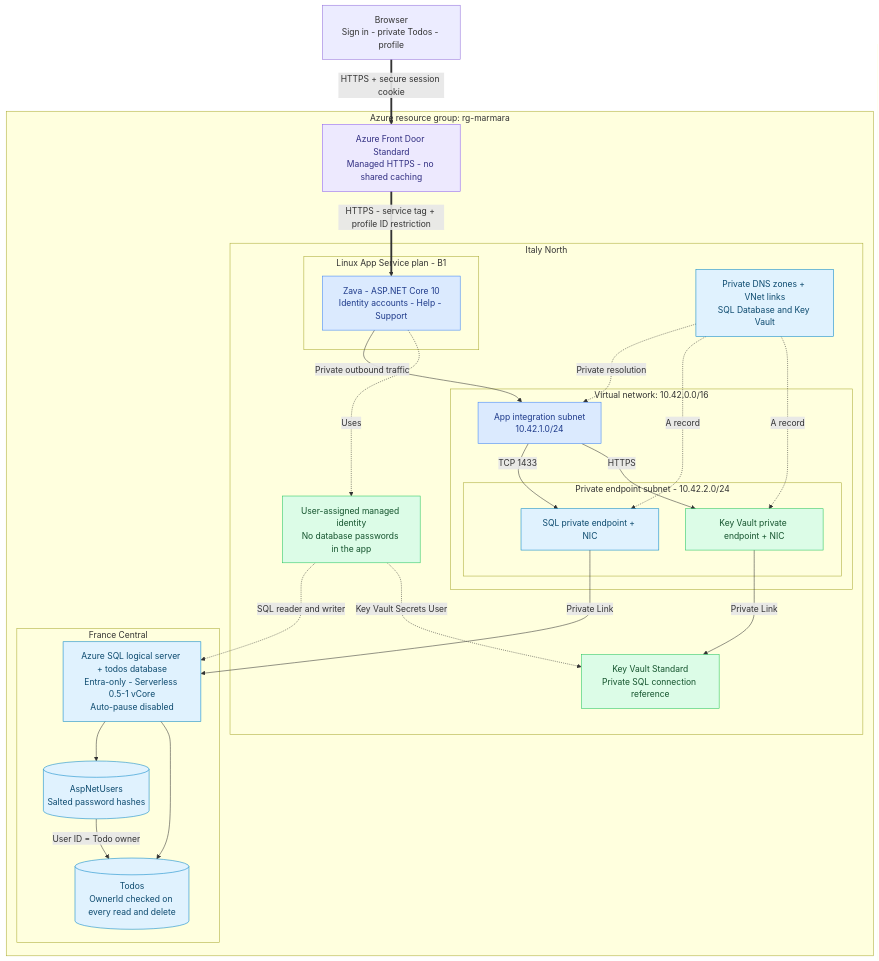
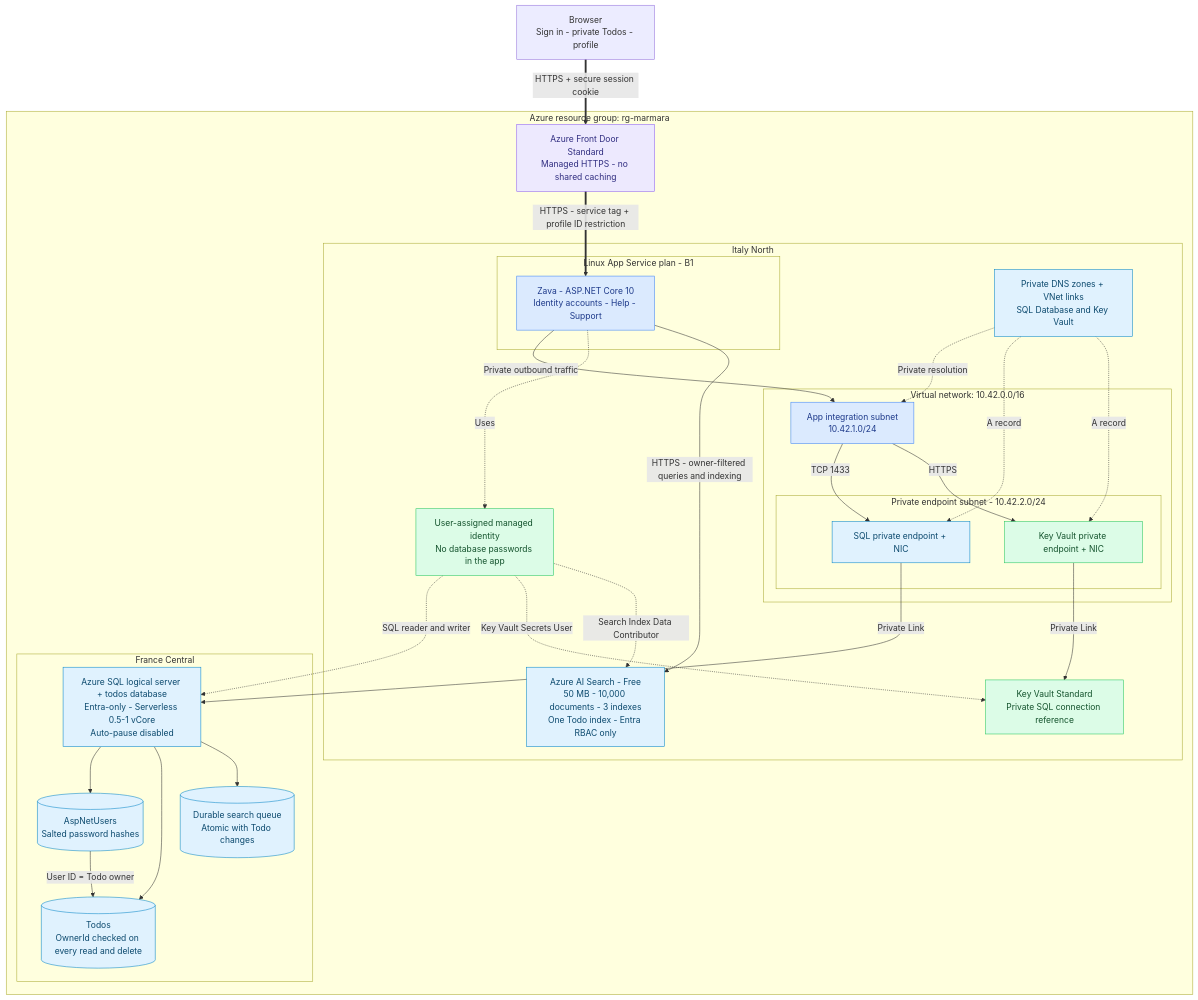
Before and after one commit to bulentozkir/marmara-demo: the diagram in README.md, drawn with Mermaid. The commit also changed other lines of this file and 30 other files, not shown here.

First line of the commit message:
Add owner-filtered Azure AI Search with durable Todo synchronization

````diff
--- a/README.md
+++ b/README.md
@@ -9,51 +9,56 @@
 ```mermaid
 flowchart TB
     BROWSER["Browser<br/>Sign in - private Todos - profile"]
     subgraph AZURE["Azure resource group: rg-marmara"]
         FD["Azure Front Door Standard<br/>Managed HTTPS - no shared caching"]
         subgraph IT["Italy North"]
             subgraph PLAN["Linux App Service plan - B1"]
                 APP["Zava - ASP.NET Core 10<br/>Identity accounts - Help - Support"]
             end
             MI["User-assigned managed identity<br/>No database passwords in the app"]
             subgraph VNET["Virtual network: 10.42.0.0/16"]
                 INTEGRATION["App integration subnet<br/>10.42.1.0/24"]
                 subgraph PRIVATE["Private endpoint subnet - 10.42.2.0/24"]
                     SQLPE["SQL private endpoint + NIC"]
                     KVPE["Key Vault private endpoint + NIC"]
                 end
             end
             DNS["Private DNS zones + VNet links<br/>SQL Database and Key Vault"]
             KV["Key Vault Standard<br/>Private SQL connection reference"]
+            SEARCH["Azure AI Search - Free<br/>50 MB - 10,000 documents - 3 indexes<br/>One Todo index - Entra RBAC only"]
         end
         subgraph FR["France Central"]
             SQL["Azure SQL logical server + todos database<br/>Entra-only - Serverless 0.5-1 vCore<br/>Auto-pause disabled"]
             ACCOUNTS[("AspNetUsers<br/>Salted password hashes")]
             TODOS[("Todos<br/>OwnerId checked on every read and delete")]
+            OUTBOX[("Durable search queue<br/>Atomic with Todo changes")]
         end
     end
     BROWSER ==>|HTTPS + secure session cookie| FD
     FD ==>|HTTPS - service tag + profile ID restriction| APP
     APP -->|Private outbound traffic| INTEGRATION
     INTEGRATION -->|TCP 1433| SQLPE
     SQLPE -->|Private Link| SQL
     INTEGRATION -->|HTTPS| KVPE
     KVPE -->|Private Link| KV
     APP -.->|Uses| MI
     MI -.->|SQL reader and writer| SQL
     MI -.->|Key Vault Secrets User| KV
+    MI -.->|Search Index Data Contributor| SEARCH
+    APP -->|HTTPS - owner-filtered queries and indexing| SEARCH
     DNS -.->|Private resolution| INTEGRATION
     DNS -.->|A record| SQLPE
     DNS -.->|A record| KVPE
     SQL --> ACCOUNTS
     SQL --> TODOS
+    SQL --> OUTBOX
     ACCOUNTS -->|User ID = Todo owner| TODOS
     classDef edge fill:#ede9fe,stroke:#8b5cf6,color:#312e81
     classDef compute fill:#dbeafe,stroke:#3b82f6,color:#1e3a8a
     classDef data fill:#e0f2fe,stroke:#0284c7,color:#0c4a6e
     classDef security fill:#dcfce7,stroke:#22c55e,color:#14532d
     class FD edge
     class APP,INTEGRATION compute
-    class SQL,ACCOUNTS,TODOS,SQLPE,DNS data
+    class SQL,ACCOUNTS,TODOS,OUTBOX,SQLPE,DNS,SEARCH data
     class MI,KV,KVPE security
 ```
````
